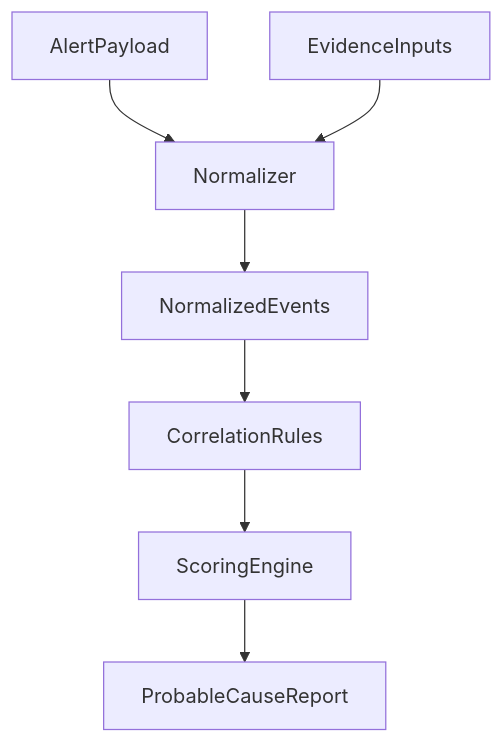
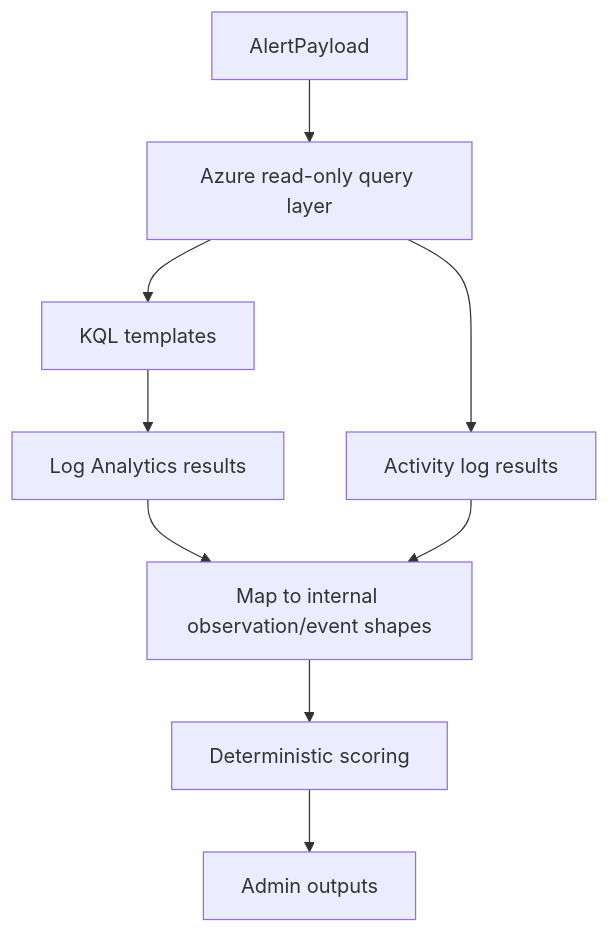
Before and after one commit to AhmadNiknam/hybrid-network-correlator: the third of 3 diagrams in docs/architecture.md, drawn with Mermaid. The commit also changed other lines of this file and 3 other files, not shown here.

````diff
--- a/docs/architecture.md
+++ b/docs/architecture.md
@@ -23,9 +81,11 @@
 ```mermaid
 flowchart TD
-  alertPayload[AlertPayload] --> normalizer[Normalizer]
-  evidenceInputs[EvidenceInputs] --> normalizer
-  normalizer --> eventModel[NormalizedEvents]
-  eventModel --> rules[CorrelationRules]
-  rules --> scoring[ScoringEngine]
-  scoring --> report[ProbableCauseReport]
+  alert[AlertPayload] --> query[Azure read-only query layer]
+  query --> kql[KQL templates]
+  kql --> loganalytics[Log Analytics results]
+  query --> activity[Activity log results]
+  loganalytics --> normalize[Map to internal observation/event shapes]
+  activity --> normalize
+  normalize --> score[Deterministic scoring]
+  score --> report[Admin outputs]
 ```
````
